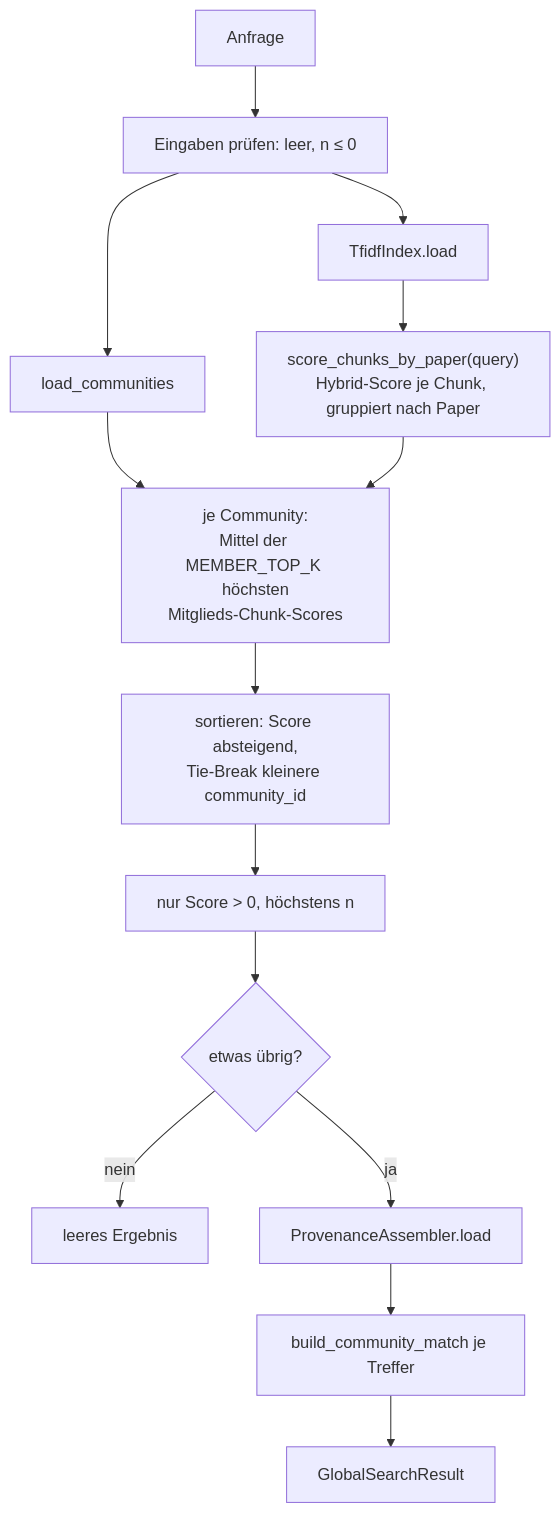
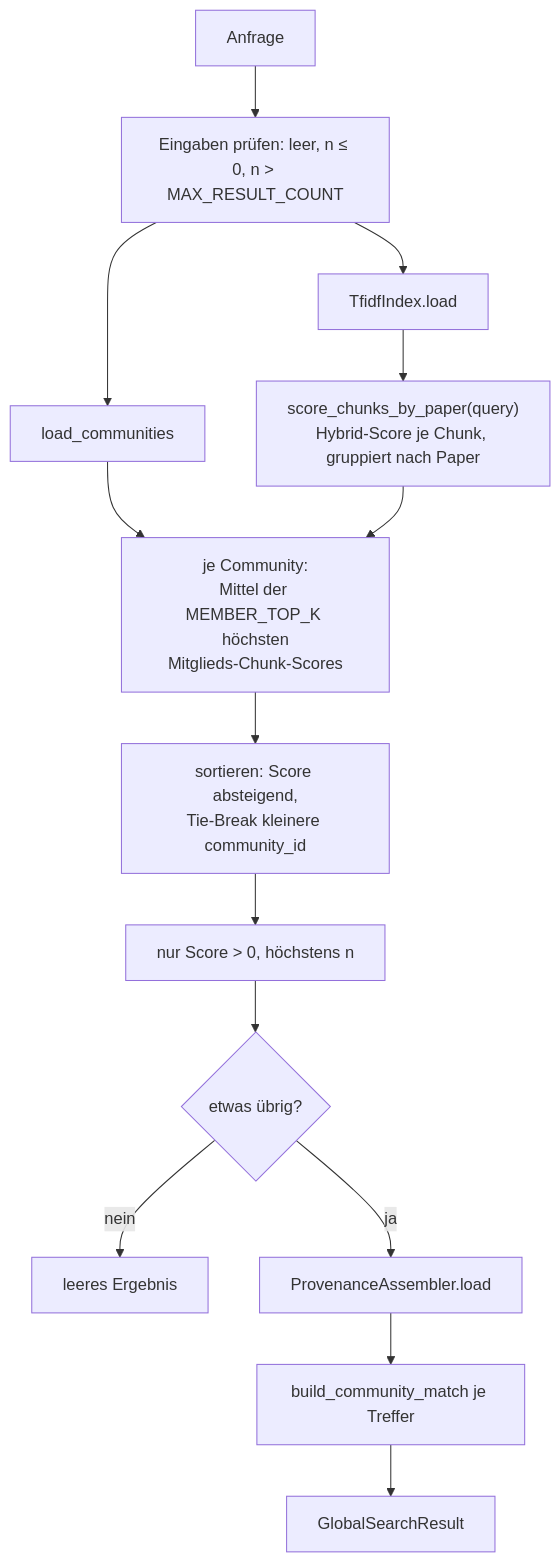
Before and after one commit to MomoEngineer/research-graphrag: the first of 2 diagrams in src/research_graphrag/retrieval/doc/global_search.md, drawn with Mermaid. The commit also changed other lines of this file and 34 other files, not shown here.

````diff
--- a/src/research_graphrag/retrieval/doc/global_search.md
+++ b/src/research_graphrag/retrieval/doc/global_search.md
@@ -42,16 +42,16 @@
 ```mermaid
 flowchart TD
-    Q["Anfrage"] --> V["Eingaben prüfen: leer, n ≤ 0"]
+    Q["Anfrage"] --> V["Eingaben prüfen: leer, n ≤ 0, n > MAX_RESULT_COUNT"]
     V --> LC["load_communities"]
     V --> TI["TfidfIndex.load"]
     TI --> SCP["score_chunks_by_paper(query)<br/>Hybrid-Score je Chunk, gruppiert nach Paper"]
     LC --> AGG
     SCP --> AGG["je Community:<br/>Mittel der MEMBER_TOP_K höchsten<br/>Mitglieds-Chunk-Scores"]
     AGG --> OR["sortieren: Score absteigend,<br/>Tie-Break kleinere community_id"]
     OR --> FI["nur Score > 0, höchstens n"]
     FI --> E{"etwas übrig?"}
     E -- nein --> EMPTY["leeres Ergebnis"]
     E -- ja --> PA["ProvenanceAssembler.load"]
     PA --> BM["build_community_match je Treffer"]
     BM --> R["GlobalSearchResult"]
 ```
````
